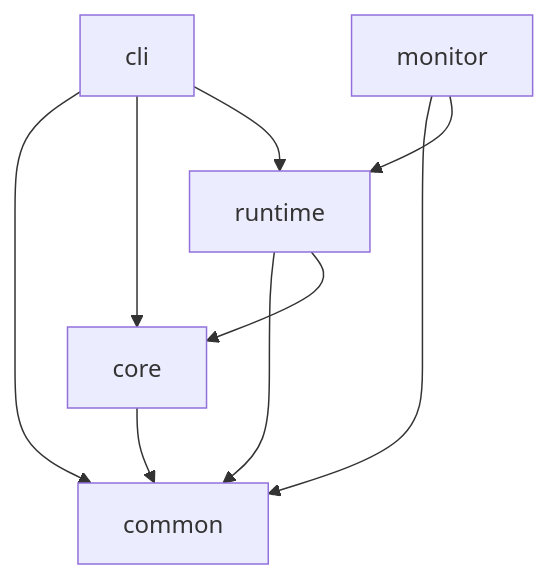
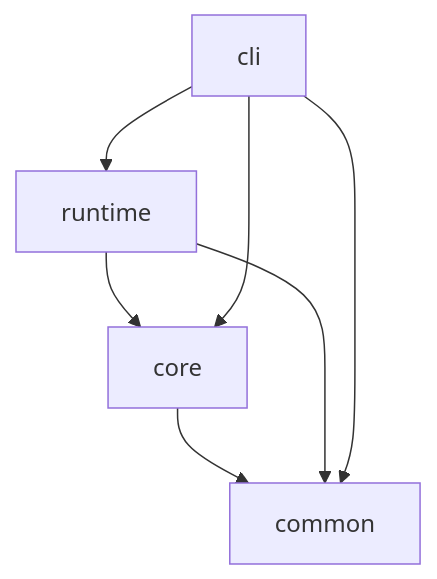
Before and after one commit to alexthotse/native-cli-ai: the first of 5 diagrams in docs/architecture.md, drawn with Mermaid. The commit also changed other lines of this file and 23 other files, not shown here.

````diff
--- a/docs/architecture.md
+++ b/docs/architecture.md
@@ -99,17 +85,14 @@
 ```mermaid
 flowchart TD
   Common[common]
   Core[core]
   Runtime[runtime]
   Cli[cli]
-  Monitor[monitor]
 
   Core --> Common
   Runtime --> Common
   Runtime --> Core
   Cli --> Common
   Cli --> Core
   Cli --> Runtime
-  Monitor --> Common
-  Monitor --> Runtime
 ```
````
